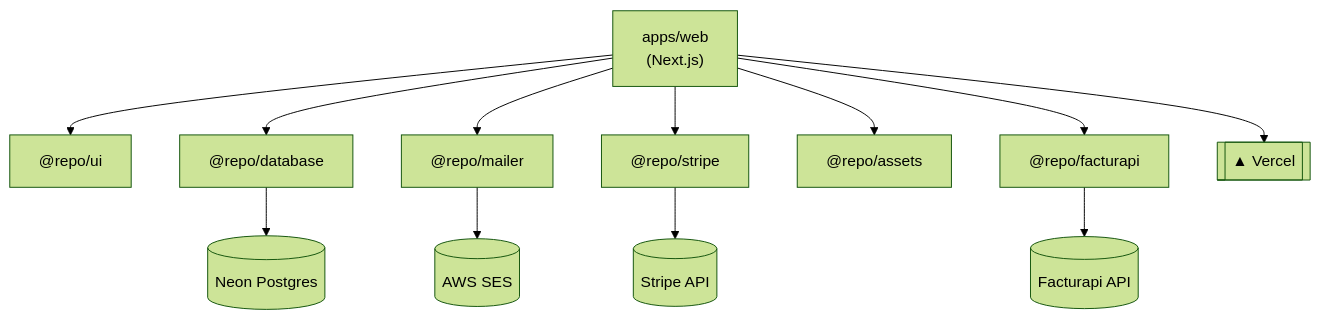
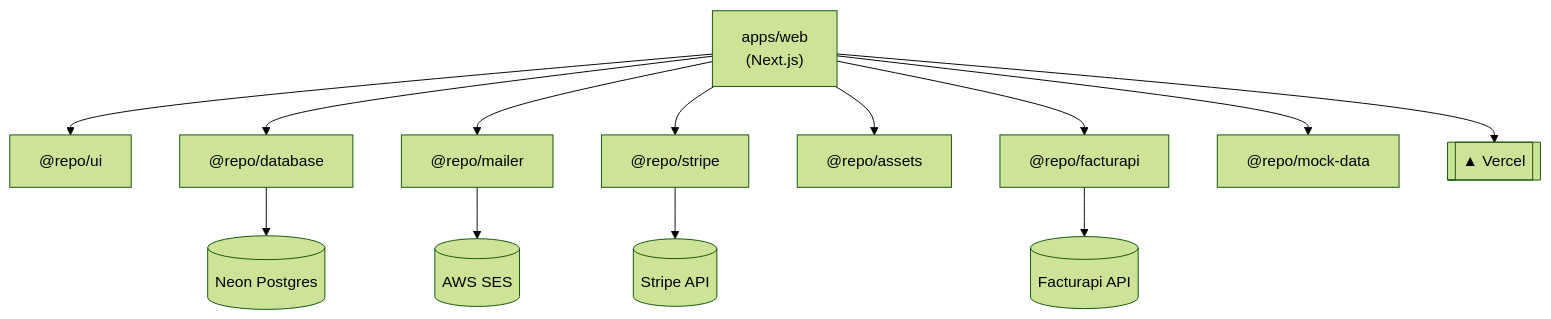
One commit to oscaroceguera/core-unnamed changed the diagram in README.md. Above: the diagram before and after it, drawn with Mermaid (forest theme). The commit also changed other lines of this file, not shown here.

First line of the commit message:
docs(readme): document @repo/mock-data package

````diff
--- a/README.md
+++ b/README.md
@@ -19,15 +19,16 @@
 ```mermaid
 flowchart TD
     web["apps/web<br/>(Next.js)"] --> ui["@repo/ui"]
     web --> database["@repo/database"]
     web --> mailer["@repo/mailer"]
     web --> stripe["@repo/stripe"]
     web --> assets["@repo/assets"]
     web --> facturapi["@repo/facturapi"]
+    web --> mockData["@repo/mock-data"]
 
     database --> neon[("Neon Postgres")]
     mailer --> ses[("AWS SES")]
     stripe --> stripeApi[("Stripe API")]
     facturapi --> facturapiApi[("Facturapi API")]
     web --> vercel[["▲ Vercel"]]
 ```
````
